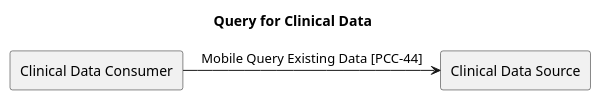
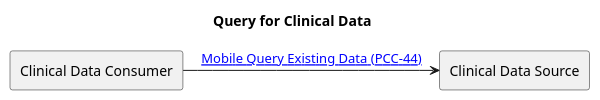
One commit to nw-gmsa/nw-gmsa.github.com changed the diagram in input/images-source/PCC-44.plantuml. Above: the diagram before and after it, drawn with PlantUML. The commit also changed 2 other files, not shown here.

```diff
--- a/input/images-source/PCC-44.plantuml
+++ b/input/images-source/PCC-44.plantuml
@@ -1,13 +1,13 @@
 @startuml
 
 title "Query for Clinical Data"
 
 agent "Clinical Data Consumer" as Consumer
 
 agent "Clinical Data Source" as Source
 
 }
 
-Consumer -r-> Source: Mobile Query Existing Data [PCC-44]
+Consumer -r-> Source: [[https://profiles.ihe.net/PCC/QEDm/PCC-44.html Mobile Query Existing Data (PCC-44)]]
 
 @enduml
```
